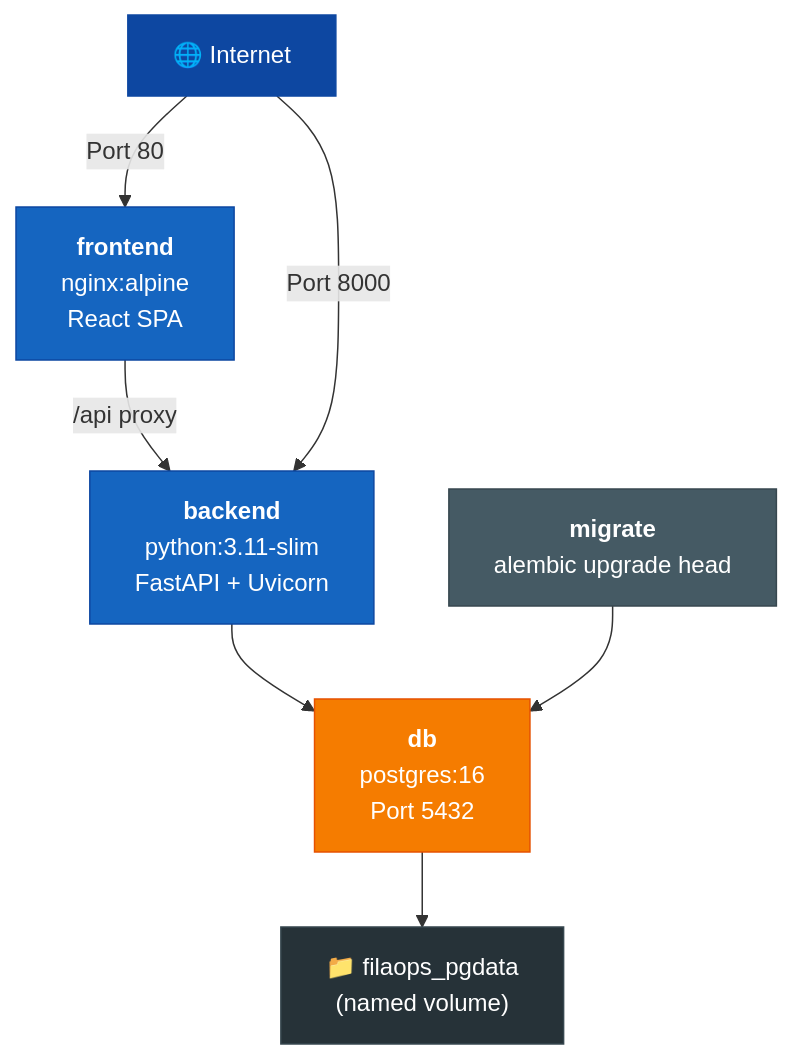
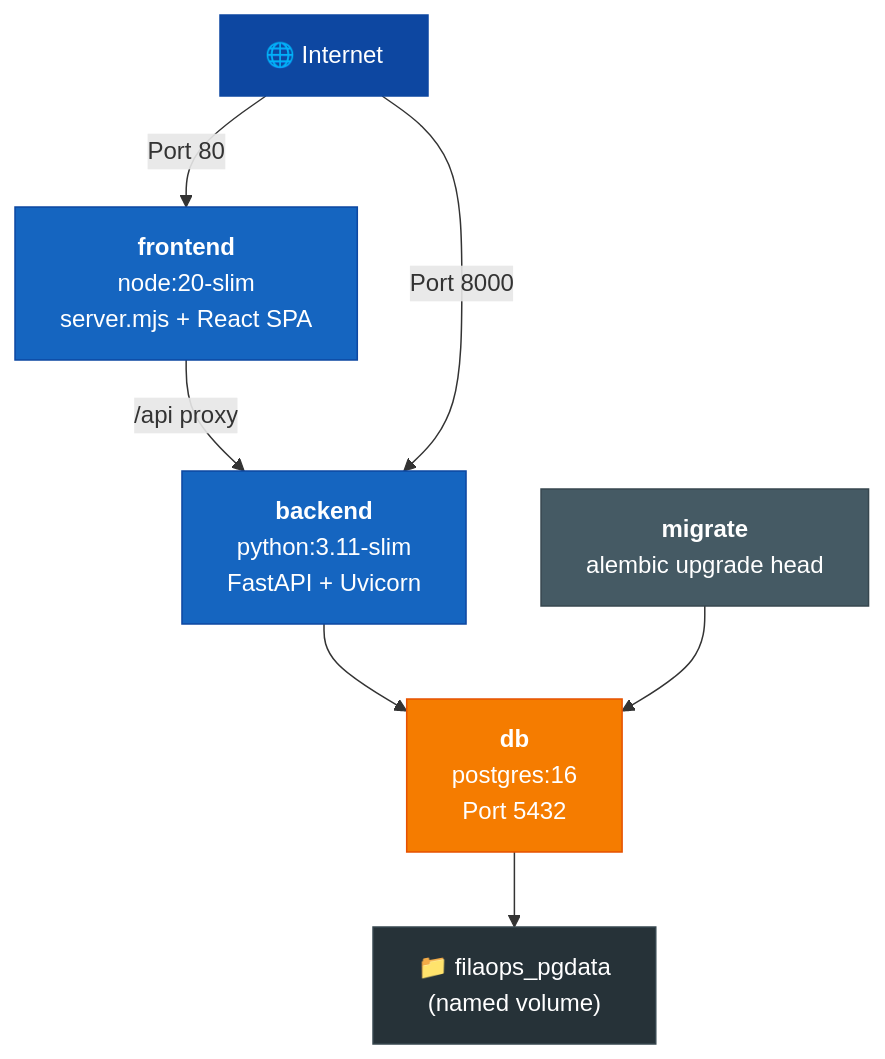
Before and after one commit to chambear2809/3dmfg: the diagram in docs/deployment/index.md, drawn with Mermaid. The commit also changed 168 other files, not shown here.

````diff
--- a/docs/deployment/index.md
+++ b/docs/deployment/index.md
@@ -16,16 +16,16 @@
 ```mermaid
 graph TD
     Internet["🌐 Internet"] -->|"Port 80"| Frontend
-    Frontend["<b>frontend</b><br/>nginx:alpine<br/>React SPA"] -->|"/api proxy"| Backend
+    Frontend["<b>frontend</b><br/>node:20-slim<br/>server.mjs + React SPA"] -->|"/api proxy"| Backend
     Internet -->|"Port 8000"| Backend
     Backend["<b>backend</b><br/>python:3.11-slim<br/>FastAPI + Uvicorn"] --> DB
     Migrate["<b>migrate</b><br/>alembic upgrade head"] --> DB
     DB["<b>db</b><br/>postgres:16<br/>Port 5432"] --> Volume["📁 filaops_pgdata<br/>(named volume)"]
 
     style Frontend fill:#1565C0,color:#fff,stroke:#0D47A1
     style Backend fill:#1565C0,color:#fff,stroke:#0D47A1
     style DB fill:#F57C00,color:#fff,stroke:#E65100
     style Migrate fill:#455A64,color:#fff,stroke:#37474F
     style Volume fill:#263238,color:#fff,stroke:#37474F
     style Internet fill:#0D47A1,color:#fff,stroke:#0D47A1
 ```
````
